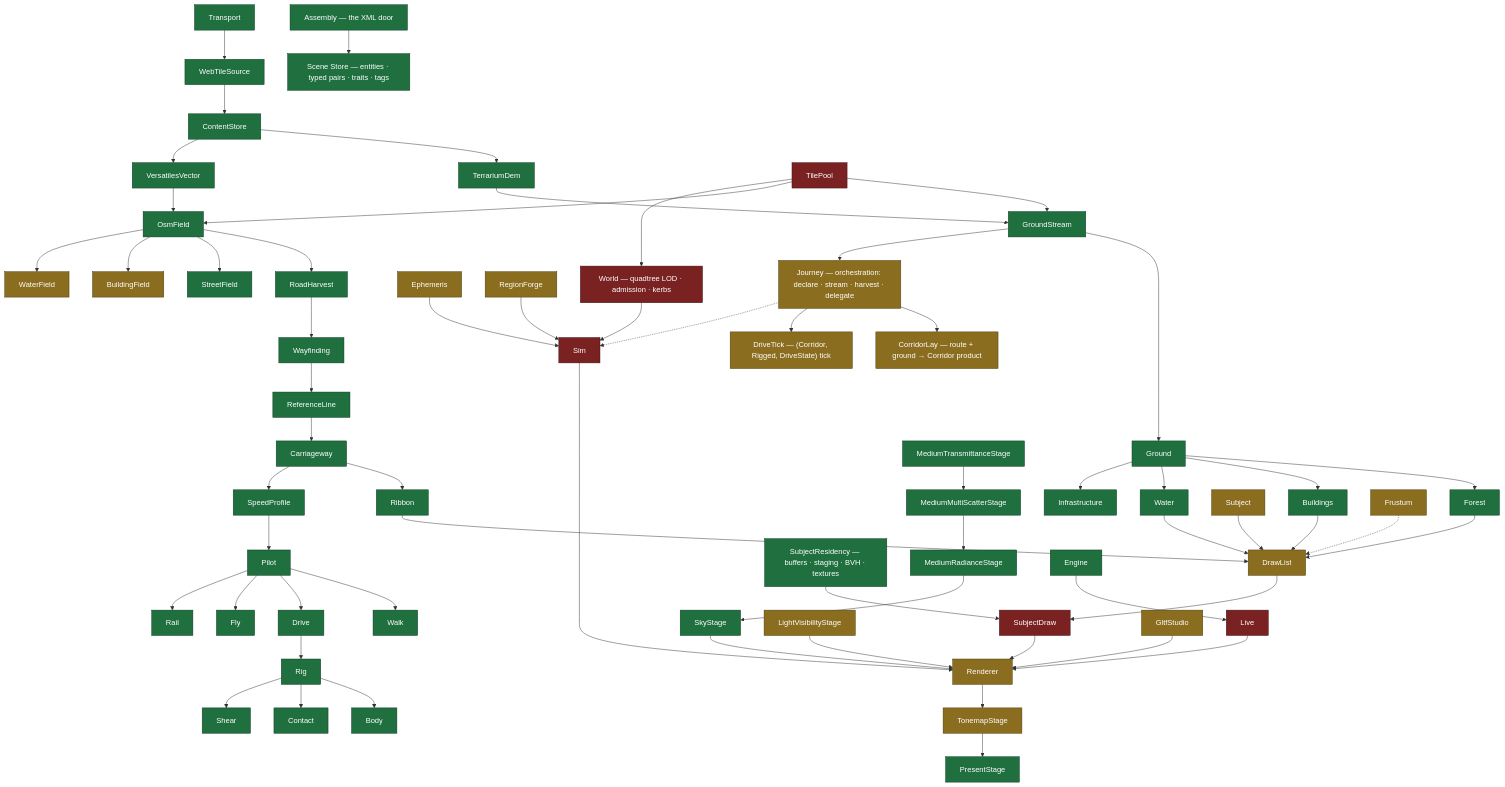
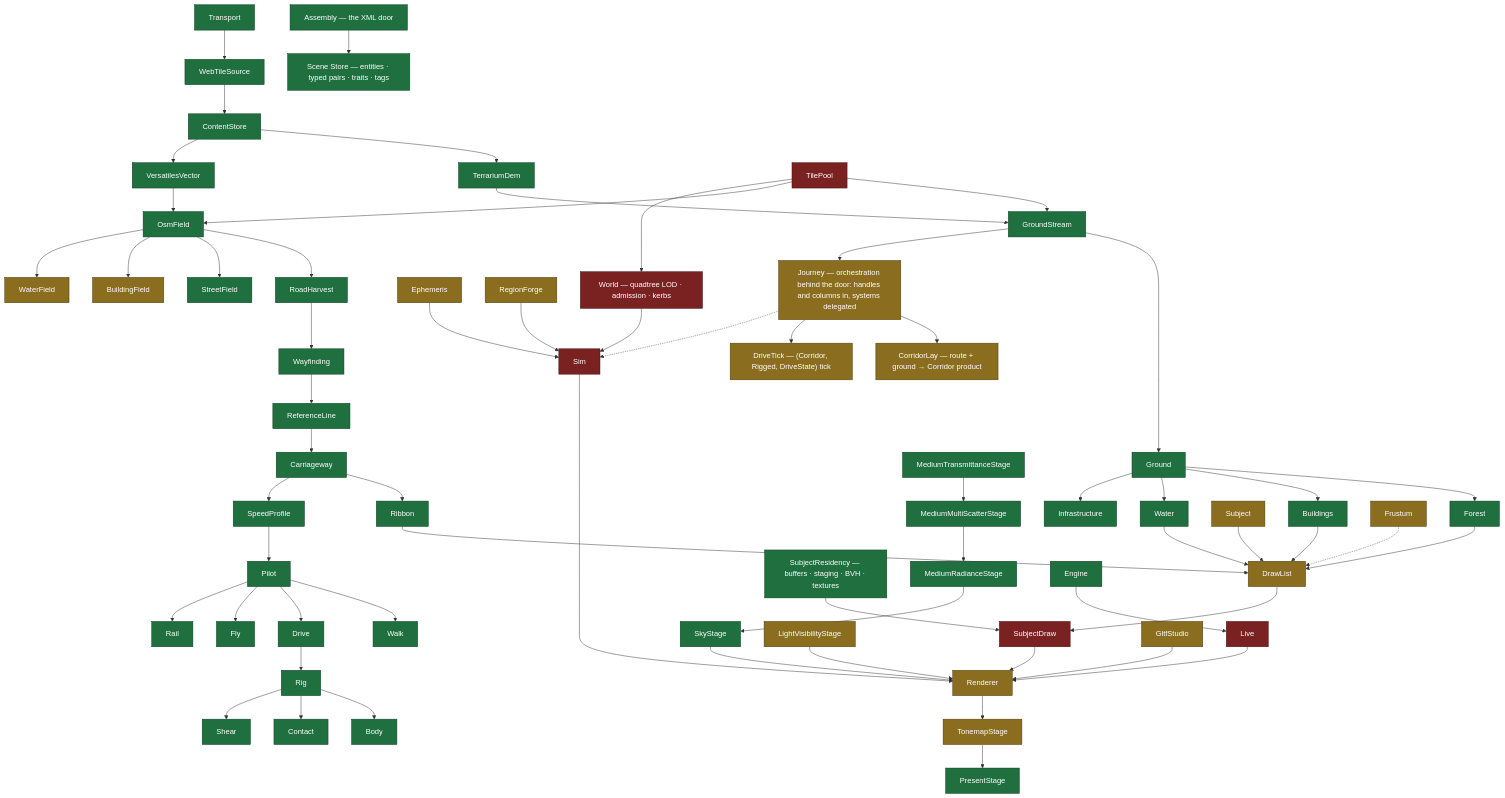
One commit to Weichwolf/outshine changed the sixth of 11 diagrams in CLAUDE.md. Above: the diagram before and after it, drawn with Mermaid. The commit also changed other lines of this file, not shown here.

Commit message:
CLAUDE.md: Journey stands behind the door on the map; stills 8/0 completes move 2d's proof

````diff
--- a/CLAUDE.md
+++ b/CLAUDE.md
@@ -185,37 +185,37 @@
 ```mermaid
 flowchart TD
   Transport --> WebTileSource --> ContentStore --> TerrariumDem & VersatilesVector
   TerrariumDem --> GroundStream
   TilePool --> GroundStream & OsmField
   VersatilesVector --> OsmField --> RoadHarvest --> Wayfinding
   OsmField --> StreetField & BuildingField & WaterField
   GroundStream --> Ground --> Forest & Buildings & Water & Infrastructure
   Wayfinding --> ReferenceLine --> Carriageway --> Ribbon
   Carriageway --> SpeedProfile --> Pilot --> Walk & Drive & Fly & Rail
   Drive --> Rig --> Body
   Rig --> Contact & Shear
   Forest & Buildings & Water & Ribbon & Subject --> DrawList
   DrawList --> SubjectDraw --> Renderer
   SubjectResidency["SubjectResidency — buffers · staging · BVH · textures"] --> SubjectDraw
   MediumTransmittanceStage --> MediumMultiScatterStage --> MediumRadianceStage --> SkyStage --> Renderer
   LightVisibilityStage --> Renderer --> TonemapStage --> PresentStage
   Live --> Renderer
   Ephemeris & RegionForge --> Sim --> Renderer
   Frustum -.-> DrawList
   TilePool --> World["World — quadtree LOD · admission · kerbs"] --> Sim
-  GroundStream --> Journey["Journey — orchestration: declare · stream · harvest · delegate"]
+  GroundStream --> Journey["Journey — orchestration behind the door: handles and columns in, systems delegated"]
   Journey --> CorridorLay["CorridorLay — route + ground → Corridor product"]
   Journey --> DriveTick["DriveTick — (Corridor, Rigged, DriveState) tick"]
   Journey -.-> Sim
   Engine --> Live
   GltfStudio --> Renderer
   Assembly["Assembly — the XML door"] --> SceneStore["Scene Store — entities · typed pairs · traits · tags"]
 
   classDef sound fill:#1f6f3f,stroke:#0d3b21,color:#fff
   classDef unsure fill:#8a6d1f,stroke:#4a3a0d,color:#fff
   classDef wrong fill:#7a2222,stroke:#3d1111,color:#fff
   class Transport,WebTileSource,ContentStore,TerrariumDem,VersatilesVector,GroundStream,OsmField,RoadHarvest,Wayfinding,StreetField,Ground,Forest,Buildings,Water,Infrastructure,ReferenceLine,Carriageway,Ribbon,SpeedProfile,Pilot,Walk,Drive,Fly,Rail,Rig,Body,Contact,Shear,MediumTransmittanceStage,MediumMultiScatterStage,MediumRadianceStage,SkyStage,PresentStage,Engine,SceneStore,Assembly,SubjectResidency sound
   class BuildingField,WaterField,Subject,DrawList,Renderer,TonemapStage,LightVisibilityStage,Frustum,Ephemeris,RegionForge,GltfStudio unsure
   class TilePool,World,SubjectDraw,Sim,Live wrong
   class Journey,CorridorLay,DriveTick unsure
 ```
````
